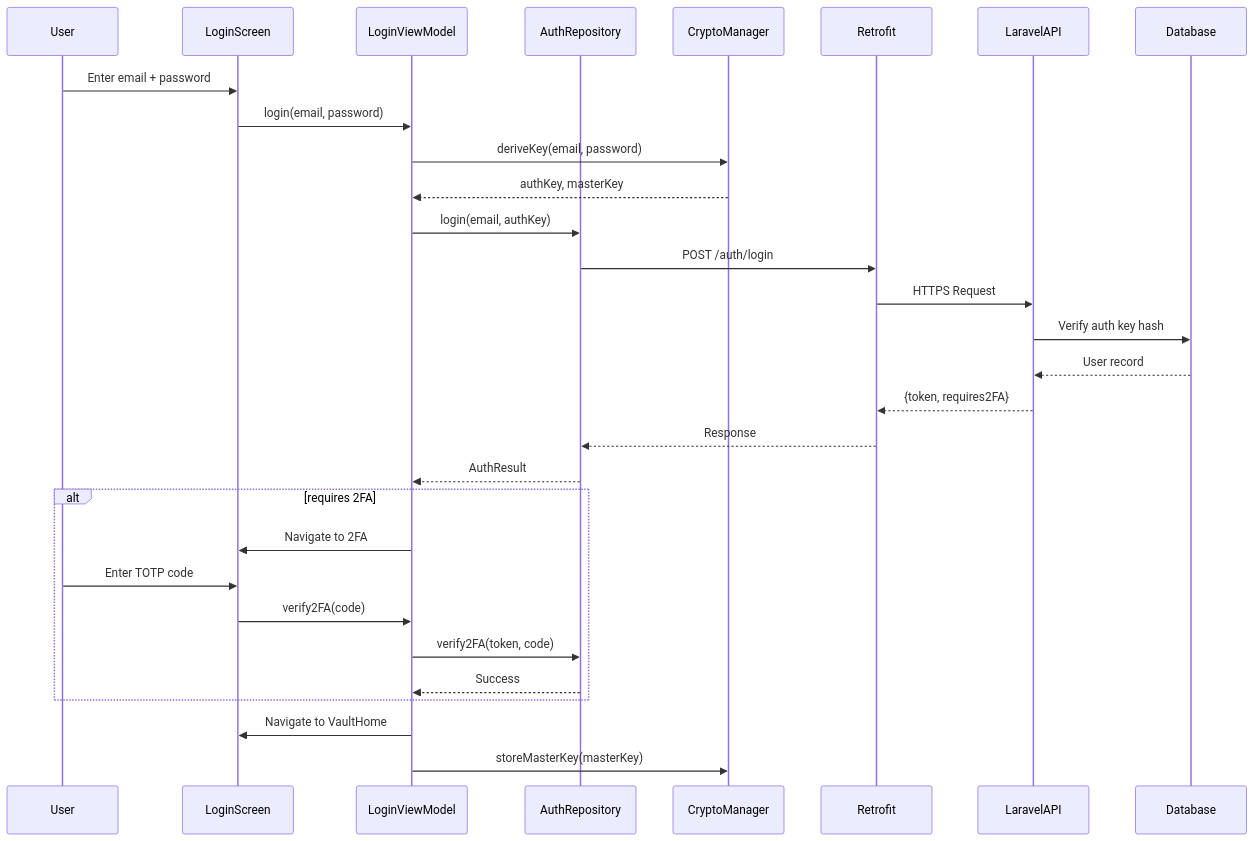
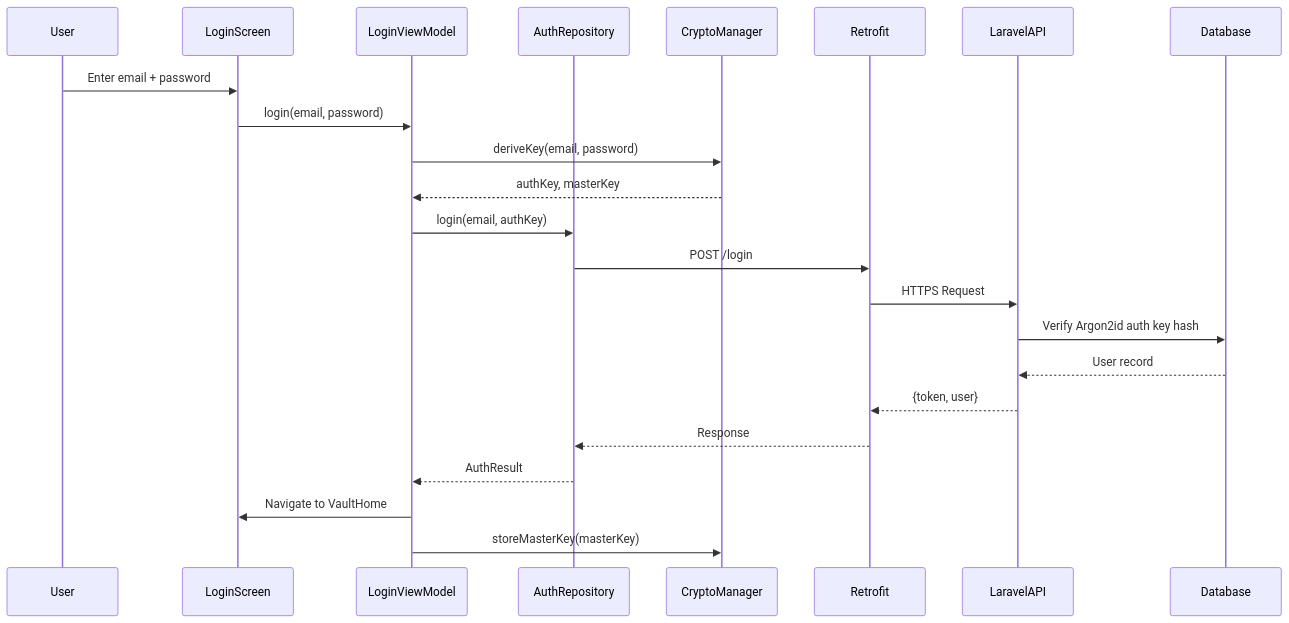
The seventh of 13 diagrams in docs/DIAGRAMS.md (abhay-byte/truvalt), drawn with Mermaid before and after one commit. The commit also changed 15 other files, not shown here.

First line of the commit message:
fix: [CHORE-004] verify Laravel API against external PostgreSQL

````diff
--- a/docs/DIAGRAMS.md
+++ b/docs/DIAGRAMS.md
@@ -363,37 +363,29 @@
 ```mermaid
 sequenceDiagram
     participant User
     participant LoginScreen
     participant LoginViewModel
     participant AuthRepository
     participant CryptoManager
     participant Retrofit
     participant LaravelAPI
     participant Database
     
     User->>LoginScreen: Enter email + password
     LoginScreen->>LoginViewModel: login(email, password)
     
     LoginViewModel->>CryptoManager: deriveKey(email, password)
     CryptoManager-->>LoginViewModel: authKey, masterKey
     
     LoginViewModel->>AuthRepository: login(email, authKey)
-    AuthRepository->>Retrofit: POST /auth/login
+    AuthRepository->>Retrofit: POST /login
     Retrofit->>LaravelAPI: HTTPS Request
-    LaravelAPI->>Database: Verify auth key hash
+    LaravelAPI->>Database: Verify Argon2id auth key hash
     Database-->>LaravelAPI: User record
-    LaravelAPI-->>Retrofit: {token, requires2FA}
+    LaravelAPI-->>Retrofit: {token, user}
     Retrofit-->>AuthRepository: Response
     AuthRepository-->>LoginViewModel: AuthResult
-    
-    alt requires 2FA
-        LoginViewModel->>LoginScreen: Navigate to 2FA
-        User->>LoginScreen: Enter TOTP code
-        LoginScreen->>LoginViewModel: verify2FA(code)
-        LoginViewModel->>AuthRepository: verify2FA(token, code)
-        AuthRepository-->>LoginViewModel: Success
-    end
     
     LoginViewModel->>LoginScreen: Navigate to VaultHome
     LoginViewModel->>CryptoManager: storeMasterKey(masterKey)
 ```
````
